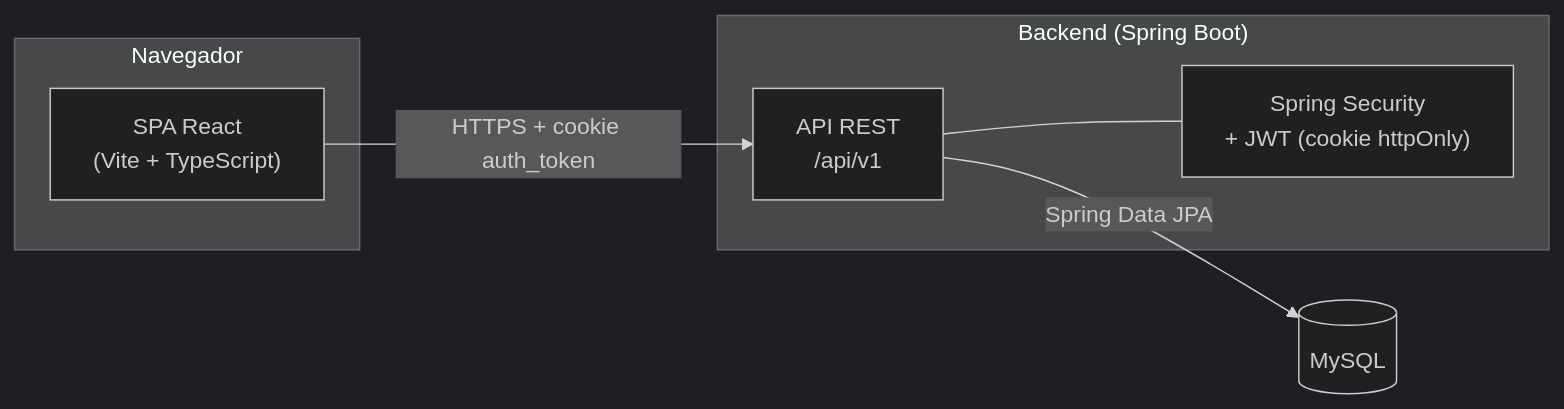
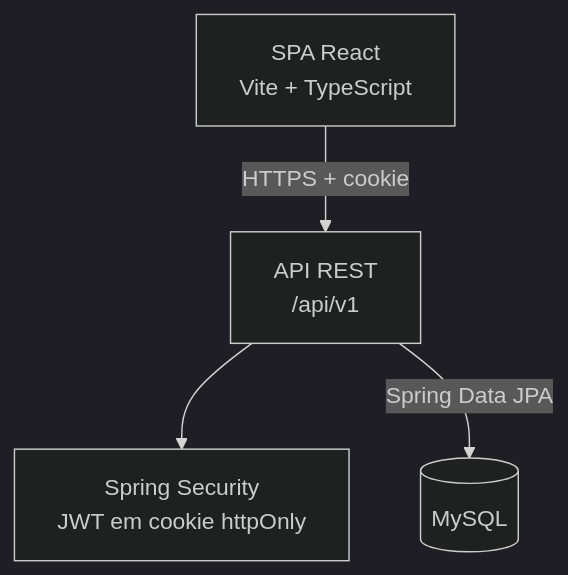
One commit to Thalles-Nascimento/zenix-app changed the diagram in README.md. Above: the diagram before and after it, drawn with Mermaid (dark theme). The commit also changed other lines of this file, not shown here.

````diff
--- a/README.md
+++ b/README.md
@@ -40,17 +46,11 @@
 ```mermaid
-flowchart LR
-    subgraph Navegador
-        SPA["SPA React\n(Vite + TypeScript)"]
-    end
-
-    subgraph Backend["Backend (Spring Boot)"]
-        API["API REST\n/api/v1"]
-        Sec["Spring Security\n+ JWT (cookie httpOnly)"]
-    end
-
+flowchart TD
+    SPA["SPA React<br/>Vite + TypeScript"]
+    API["API REST<br/>/api/v1"]
+    SEC["Spring Security<br/>JWT em cookie httpOnly"]
     DB[("MySQL")]
 
-    SPA -- "HTTPS + cookie auth_token" --> API
-    API --- Sec
-    API -- "Spring Data JPA" --> DB
+    SPA -->|"HTTPS + cookie"| API
+    API --> SEC
+    API -->|"Spring Data JPA"| DB
 ```
````
